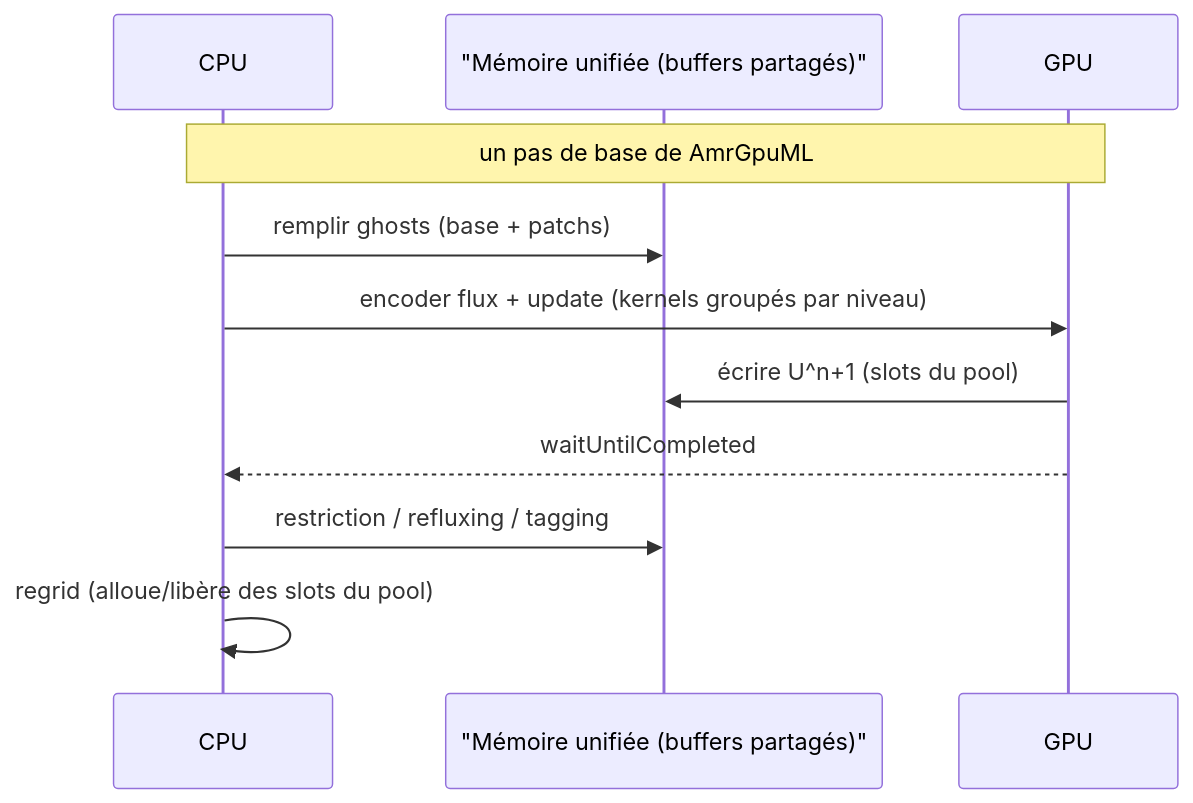
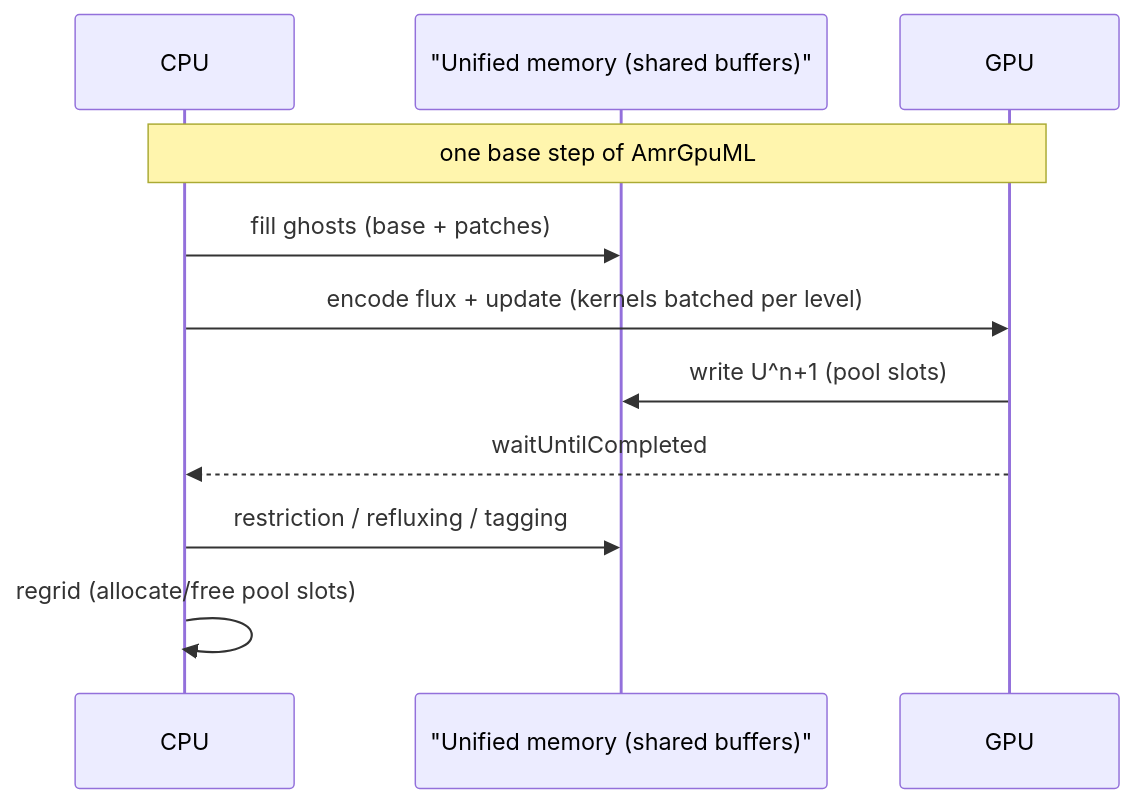
The sixth of 8 diagrams in docs/ARCHITECTURE.md (fhermet/machmallow), drawn with Mermaid before and after one commit. The commit also changed other lines of this file and 1 other file, not shown here.

Commit message:
docs: traduire ARCHITECTURE et NUMERICS en anglais

````diff
--- a/docs/ARCHITECTURE.md
+++ b/docs/ARCHITECTURE.md
@@ -198,13 +196,13 @@
 ```mermaid
 sequenceDiagram
     participant CPU
-    participant Mem as "Mémoire unifiée (buffers partagés)"
+    participant Mem as "Unified memory (shared buffers)"
     participant GPU
-    Note over CPU,GPU: un pas de base de AmrGpuML
-    CPU->>Mem: remplir ghosts (base + patchs)
-    CPU->>GPU: encoder flux + update (kernels groupés par niveau)
-    GPU->>Mem: écrire U^n+1 (slots du pool)
+    Note over CPU,GPU: one base step of AmrGpuML
+    CPU->>Mem: fill ghosts (base + patches)
+    CPU->>GPU: encode flux + update (kernels batched per level)
+    GPU->>Mem: write U^n+1 (pool slots)
     GPU-->>CPU: waitUntilCompleted
     CPU->>Mem: restriction / refluxing / tagging
-    CPU->>CPU: regrid (alloue/libère des slots du pool)
+    CPU->>CPU: regrid (allocate/free pool slots)
 ```
````
